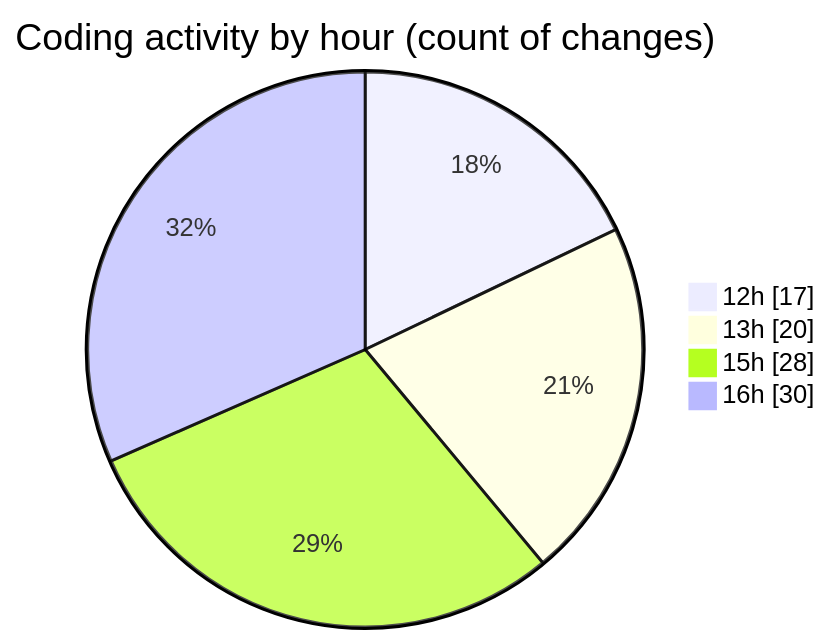
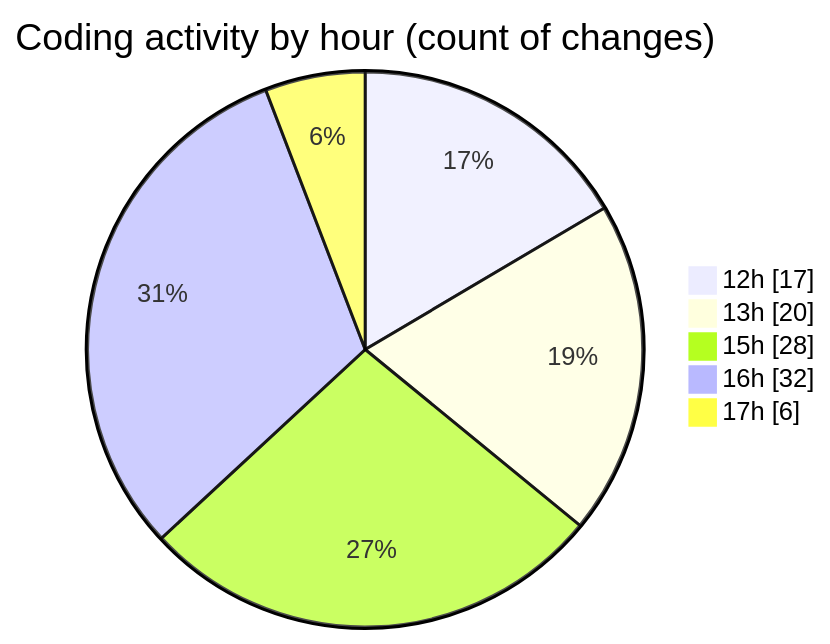
The second of 2 diagrams in 2026-03-04/nxtqube_webapp/README.md (nxtqubesakshisongat/code-tracking), drawn with Mermaid before and after one commit. The commit also changed other lines of this file and 1 other file, not shown here.

````diff
--- a/2026-03-04/nxtqube_webapp/README.md
+++ b/2026-03-04/nxtqube_webapp/README.md
@@ -35,8 +35,9 @@
 ```mermaid
 pie showData
 title Coding activity by hour (count of changes)
 "12h" : 17
 "13h" : 20
 "15h" : 28
-"16h" : 30
+"16h" : 32
+"17h" : 6
 ```
````
